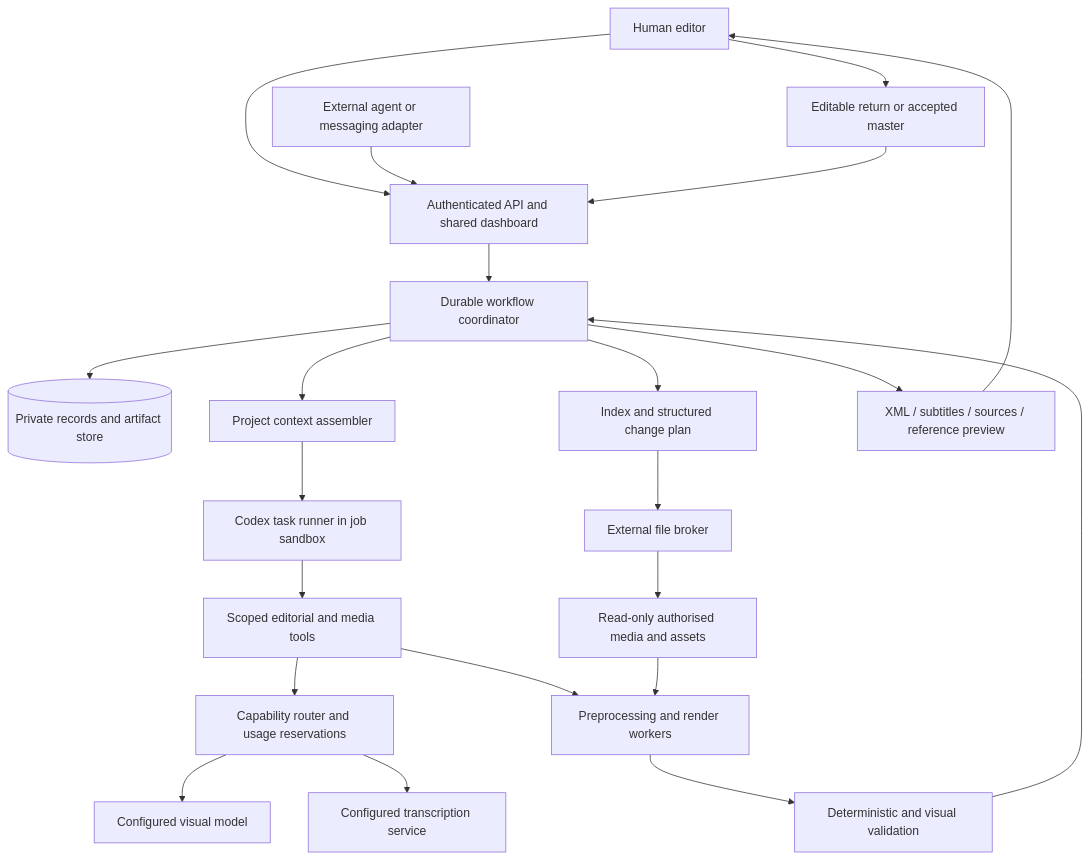
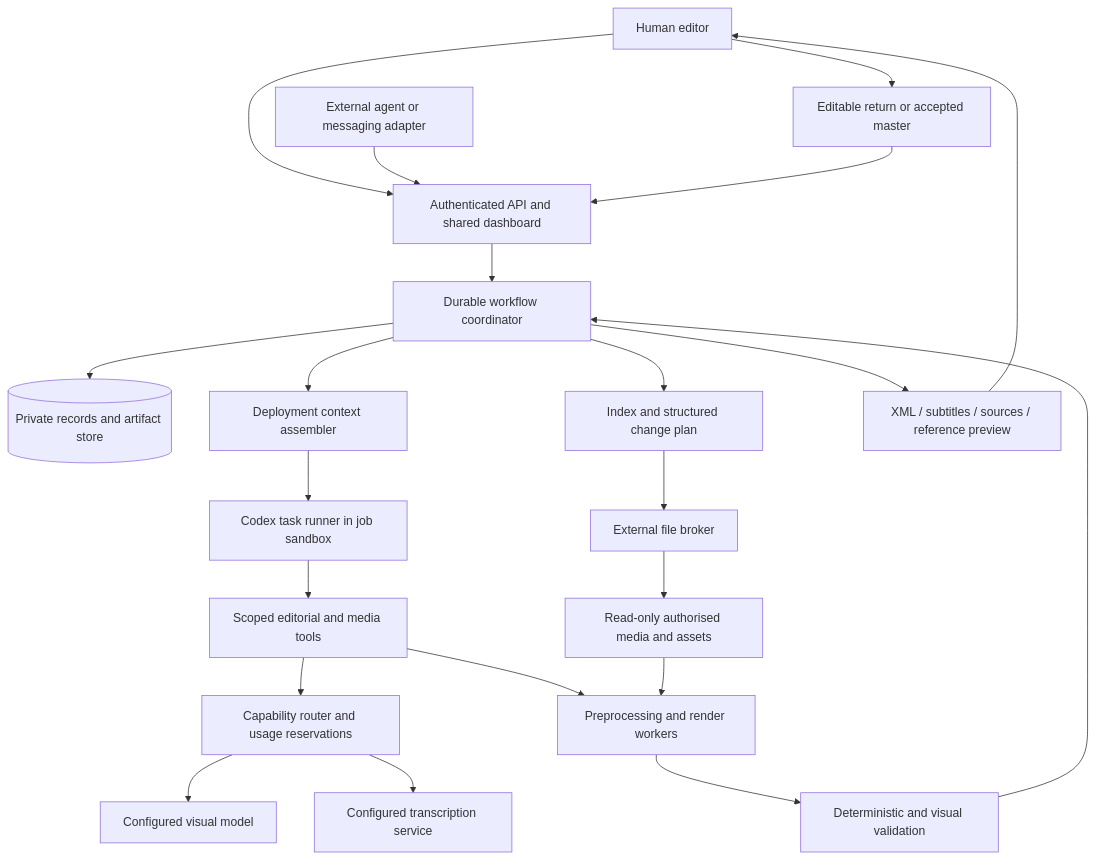
The diagram in docs/system.md (OmiroAI/edie), drawn with Mermaid before and after one commit. The commit also changed other lines of this file and 18 other files, not shown here.

````diff
--- a/docs/system.md
+++ b/docs/system.md
@@ -24,24 +24,24 @@
 ```mermaid
 flowchart TD
     Human[Human editor] --> API[Authenticated API and shared dashboard]
     Agent[External agent or messaging adapter] --> API
     API --> Coordinator[Durable workflow coordinator]
     Coordinator --> State[(Private records and artifact store)]
-    Coordinator --> Context[Project context assembler]
+    Coordinator --> Context[Deployment context assembler]
     Context --> Codex[Codex task runner in job sandbox]
     Codex --> Tools[Scoped editorial and media tools]
     Tools --> Router[Capability router and usage reservations]
     Router --> Vision[Configured visual model]
     Router --> Speech[Configured transcription service]
     Tools --> Media[Preprocessing and render workers]
     Media --> Validation[Deterministic and visual validation]
     Validation --> Coordinator
     Broker[External file broker] --> Local[Read-only authorised media and assets]
     Local --> Media
     Coordinator --> Proposal[Index and structured change plan]
     Proposal --> Broker
     Coordinator --> Handoff[XML / subtitles / sources / reference preview]
     Handoff --> Human
     Human --> Return[Editable return or accepted master]
     Return --> API
 ```
````
